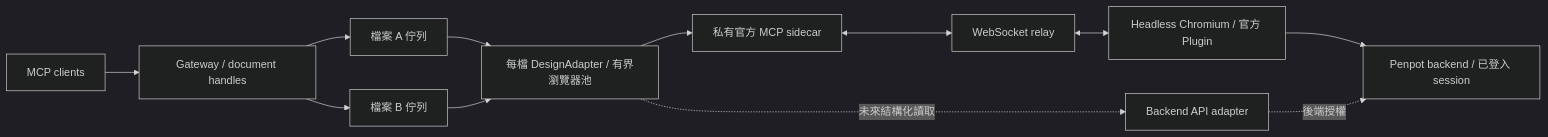
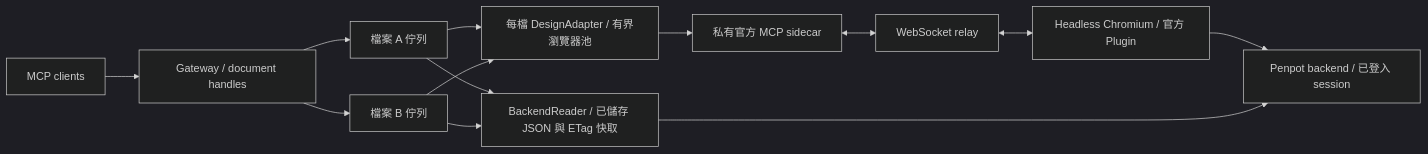
One commit to Ti-wb/penpot-better-mcp changed the diagram in docs/architecture.zh-TW.md. Above: the diagram before and after it, drawn with Mermaid (dark theme). The commit also changed other lines of this file and 20 other files, not shown here.

````diff
--- a/docs/architecture.zh-TW.md
+++ b/docs/architecture.zh-TW.md
@@ -5,14 +5,15 @@
 ```mermaid
 flowchart LR
   C[MCP clients] --> G[Gateway / document handles]
   G --> Q1[檔案 A 佇列]
   G --> Q2[檔案 B 佇列]
   Q1 --> A[每檔 DesignAdapter / 有界瀏覽器池]
   Q2 --> A
   A --> U[私有官方 MCP sidecar]
   U <--> R[WebSocket relay]
   R <--> P[Headless Chromium / 官方 Plugin]
   P --> B[Penpot backend / 已登入 session]
-  A -. 未來結構化讀取 .-> D[Backend API adapter]
-  D -. 後端授權 .-> B
+  Q1 --> D[BackendReader / 已儲存 JSON 與 ETag 快取]
+  Q2 --> D
+  D --> B
 ```
````
